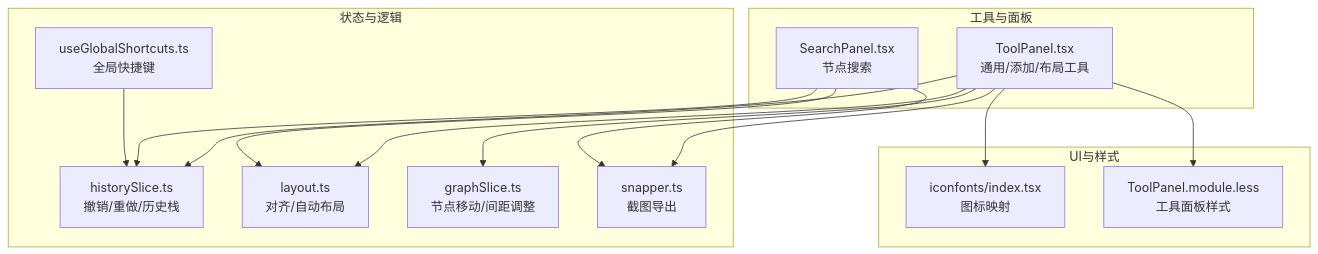
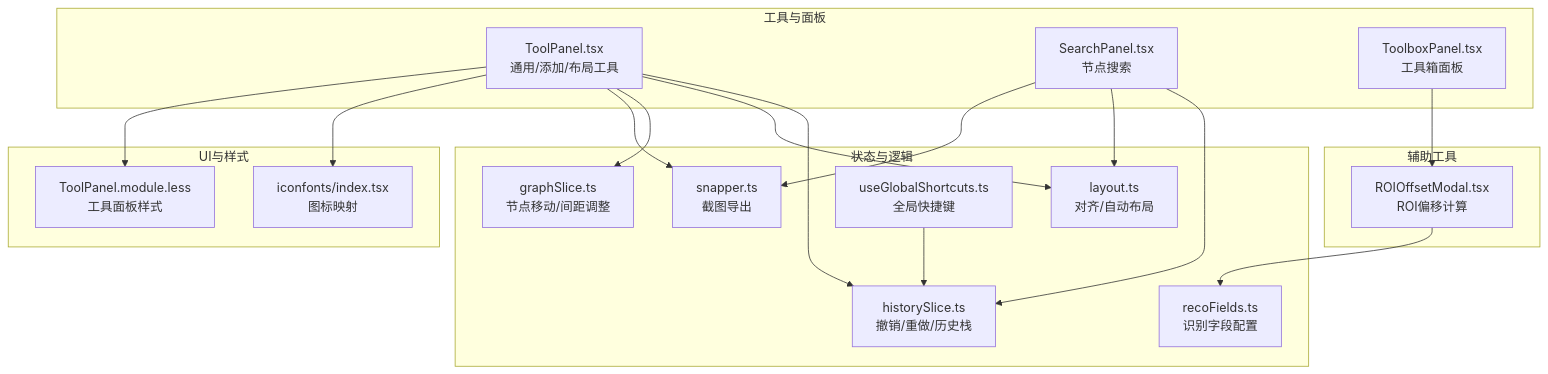
Before and after one commit to kqcoxn/MaaPipelineEditor: the first of 6 diagrams in .qoder/repowiki/zh/content/核心概念/工具/工具.md, drawn with Mermaid. The commit also changed other lines of this file and 10 other files, not shown here.

````diff
--- a/.qoder/repowiki/zh/content/核心概念/工具/工具.md
+++ b/.qoder/repowiki/zh/content/核心概念/工具/工具.md
@@ -51,28 +59,35 @@
 ```mermaid
 graph TB
 subgraph "工具与面板"
 TP["ToolPanel.tsx<br/>通用/添加/布局工具"]
 SP["SearchPanel.tsx<br/>节点搜索"]
+TB["ToolboxPanel.tsx<br/>工具箱面板"]
 end
 subgraph "状态与逻辑"
 HS["historySlice.ts<br/>撤销/重做/历史栈"]
 LH["layout.ts<br/>对齐/自动布局"]
 GS["graphSlice.ts<br/>节点移动/间距调整"]
 SNAP["snapper.ts<br/>截图导出"]
 GSH["useGlobalShortcuts.ts<br/>全局快捷键"]
+RF["recoFields.ts<br/>识别字段配置"]
 end
 subgraph "UI与样式"
 ICON["iconfonts/index.tsx<br/>图标映射"]
 STYLE["ToolPanel.module.less<br/>工具面板样式"]
+end
+subgraph "辅助工具"
+ROI["ROIOffsetModal.tsx<br/>ROI偏移计算"]
 end
 TP --> HS
 TP --> LH
 TP --> GS
 TP --> SNAP
 TP --> ICON
 TP --> STYLE
 SP --> HS
 SP --> LH
 SP --> SNAP
 GSH --> HS
+TB --> ROI
+ROI --> RF
 ```
````
